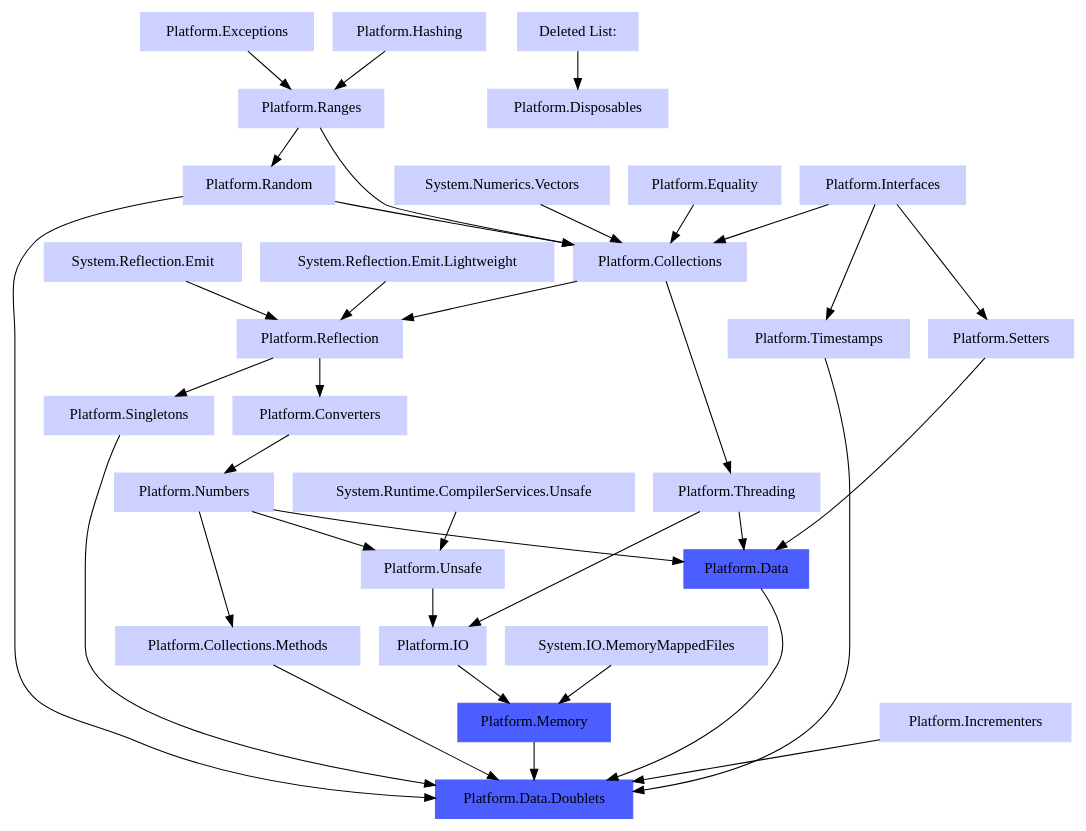
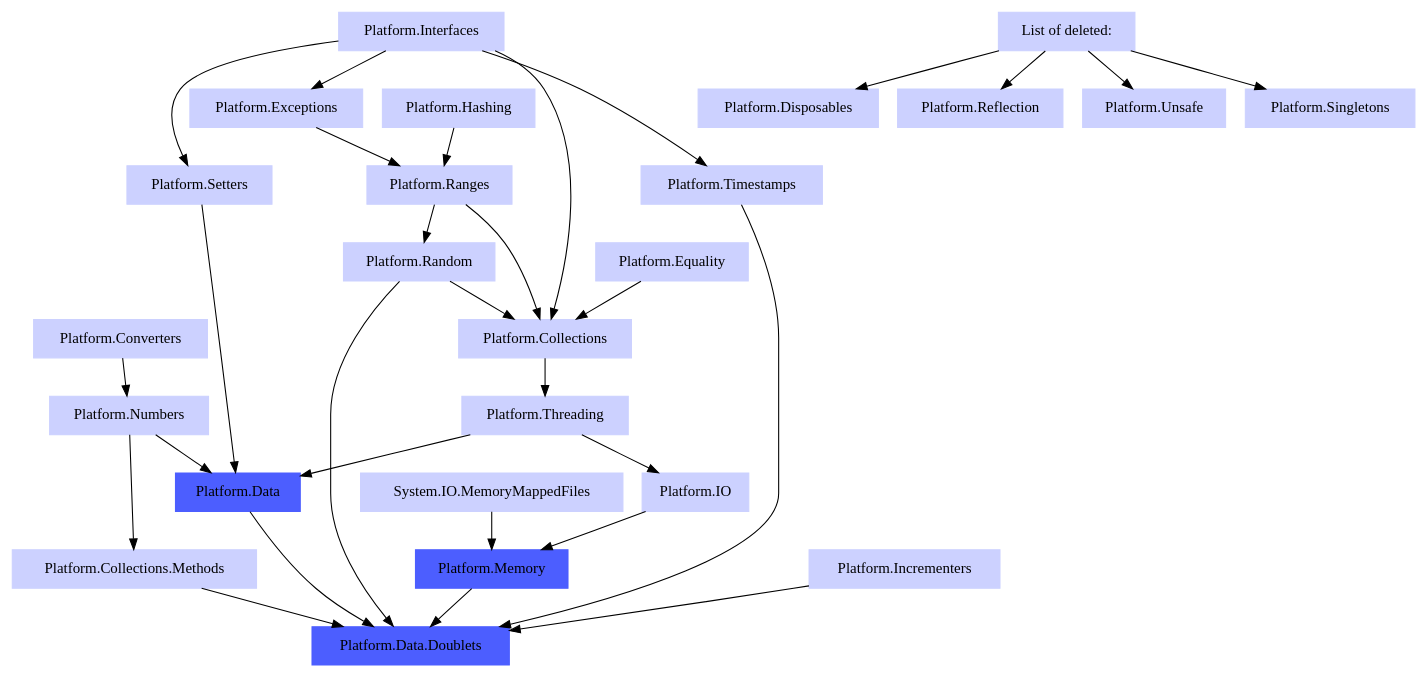
The diagram in doc/Dependencies/Platform.Data.Doublets.cpp.dot (linksplatform/Documentation), drawn with Graphviz before and after one commit.

```diff
--- a/doc/Dependencies/Platform.Data.Doublets.cpp.dot
+++ b/doc/Dependencies/Platform.Data.Doublets.cpp.dot
@@ -1,82 +1,70 @@
 digraph PlatformDataDoubletsDependencies {
   node [style=filled, color="0.650 0.200 1.000", shape="rectangle"]
-  
-  "System.Numerics.Vectors" -> "Platform.Collections"
+
+   
+  "Platform.Interfaces" -> "Platform.Exceptions" 
   "Platform.Interfaces" -> "Platform.Collections"
   "Platform.Ranges" -> "Platform.Collections"
   "Platform.Random" -> "Platform.Collections"
   
-  "System.Runtime.CompilerServices.Unsafe" -> "Platform.Unsafe"
-  "Platform.Numbers" -> "Platform.Unsafe"
-  
-  "Platform.Reflection" -> "Platform.Converters"
-  
   "Platform.Exceptions" -> "Platform.Ranges"
-  
-  "System.Reflection.Emit" -> "Platform.Reflection"
-  "System.Reflection.Emit.Lightweight" -> "Platform.Reflection"
-  "Platform.Collections" -> "Platform.Reflection"
-  
+
+
   "Platform.Threading" -> "Platform.IO"
-  "Platform.Unsafe" -> "Platform.IO"
-  
+
   "Platform.Collections" -> "Platform.Threading"
-  
+
   "Platform.Converters" -> "Platform.Numbers"
-  
+
   "Platform.Numbers" -> "Platform.Collections.Methods"
-  
+
   "Platform.Ranges" -> "Platform.Random"
-  
+
   "Platform.Interfaces" -> "Platform.Timestamps"
-  
+
   "Platform.Interfaces" -> "Platform.Setters"
-  
-  "Platform.Reflection" -> "Platform.Singletons"
-  
+
   "System.IO.MemoryMappedFiles" -> "Platform.Memory"
   "Platform.IO" -> "Platform.Memory"
-  
+
   "Platform.Threading" -> "Platform.Data"
   "Platform.Numbers" -> "Platform.Data"
   "Platform.Setters" -> "Platform.Data"
-  
+
   "Platform.Random" -> "Platform.Data.Doublets"
   "Platform.Timestamps" -> "Platform.Data.Doublets"
   "Platform.Collections.Methods" -> "Platform.Data.Doublets"
-  "Platform.Singletons" -> "Platform.Data.Doublets"
   "Platform.Memory" -> "Platform.Data.Doublets"
   "Platform.Data" -> "Platform.Data.Doublets"
   "Platform.Incrementers" -> "Platform.Data.Doublets"
-  
-  "Deleted List: " -> "Platform.Disposables"
-  
+
+  "List of deleted: " -> "Platform.Disposables"
+  "List of deleted: " -> "Platform.Reflection"
+  "List of deleted: " -> "Platform.Unsafe"
+  "List of deleted: " -> "Platform.Singletons"
+
   "Platform.Hashing" -> "Platform.Ranges"
   "Platform.Equality" -> "Platform.Collections"
-  
-  "System.Numerics.Vectors" [href="https://www.nuget.org/packages/System.Numerics.Vectors"]
+
   "Platform.Exceptions" [href="https://github.com/linksplatform/Exceptions"]
   "Platform.Disposables" [href="https://github.com/linksplatform/Disposables"]
-  "System.Runtime.CompilerServices.Unsafe" [href="https://www.nuget.org/packages/System.Runtime.CompilerServices.Unsafe"]
-  "System.Reflection.Emit" [href="https://www.nuget.org/packages/System.Reflection.Emit"]
-  "System.Reflection.Emit.Lightweight" [href="https://www.nuget.org/packages/System.Reflection.Emit.Lightweight"]
   "Platform.Unsafe" [href="https://github.com/linksplatform/Unsafe"]
   "Platform.Collections" [href="https://github.com/linksplatform/Collections"]
   "Platform.Converters" [href="https://github.com/linksplatform/Converters"]
   "Platform.Ranges" [href="https://github.com/linksplatform/Ranges"]
   "Platform.Interfaces" [href="https://github.com/linksplatform/Interfaces"]
   "Platform.Incrementers" [href="https://github.com/linksplatform/Incrementers"]
   "Platform.Reflection" [href="https://github.com/linksplatform/Reflection"]
   "System.IO.MemoryMappedFiles" [href="https://www.nuget.org/packages/System.IO.MemoryMappedFiles"]
   "Platform.IO" [href="https://github.com/linksplatform/IO"]
   "Platform.Threading" [href="https://github.com/linksplatform/Threading"]
   "Platform.Numbers" [href="https://github.com/linksplatform/Numbers"]
   "Platform.Setters" [href="https://github.com/linksplatform/Setters"]
   "Platform.Random" [href="https://github.com/linksplatform/Random"]
   "Platform.Timestamps" [href="https://github.com/linksplatform/Timestamps"]
   "Platform.Collections.Methods" [href="https://github.com/linksplatform/Collections.Methods"]
   "Platform.Singletons" [href="https://github.com/linksplatform/Singletons"]
   "Platform.Memory" [color="0.650 0.700 1.000", href="https://github.com/linksplatform/Memory"]
   "Platform.Data" [color="0.650 0.700 1.000", href="https://github.com/linksplatform/Data"]
   "Platform.Data.Doublets" [color="0.650 0.700 1.000", style=filled, href="https://github.com/linksplatform/Data.Doublets"]
 }
```
